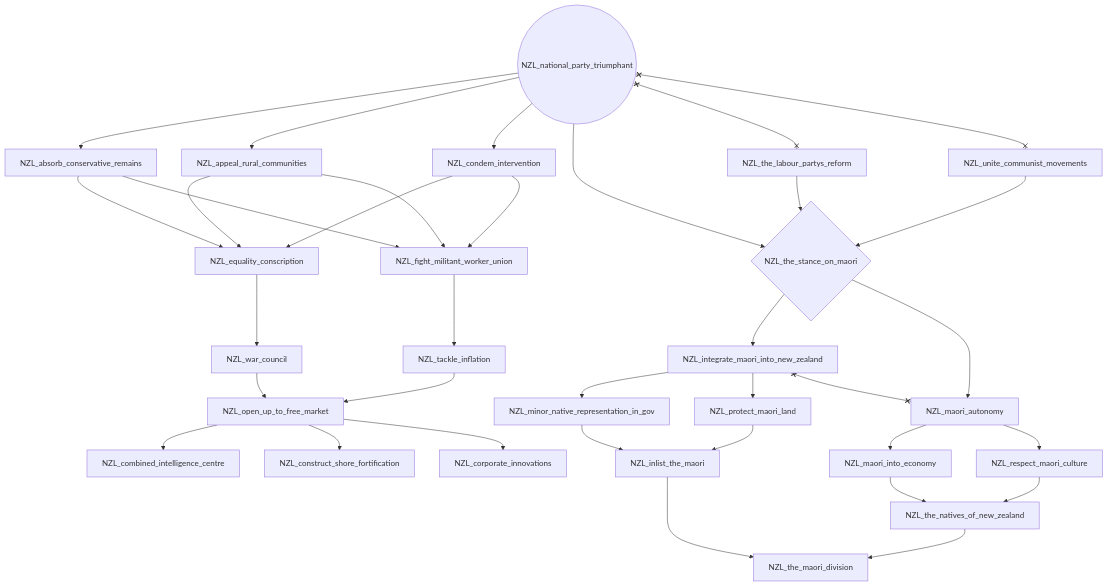
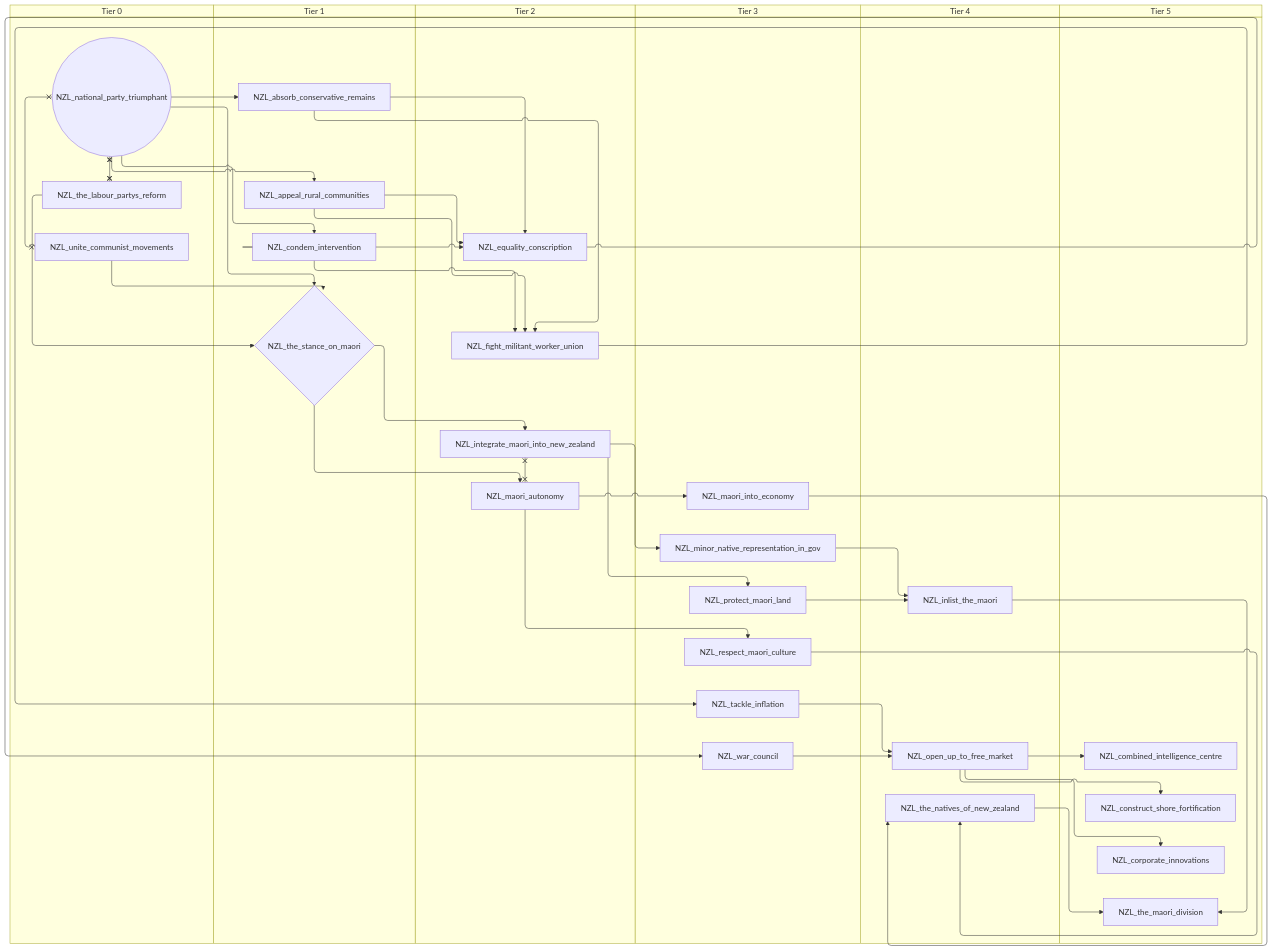
One commit to evgeny-sobol/hoi4-sandbox-mode-r56 changed the fifth of 11 diagrams in docs/gdd/National Focuses/r56/new_zealand.md. Above: the diagram before and after it, drawn with Mermaid. The commit also changed other lines of this file and 423 other files, not shown here.

First line of the commit message:
Re-export Rt56 focus trees as swimlane diagrams

````diff
--- a/docs/gdd/National Focuses/r56/new_zealand.md
+++ b/docs/gdd/National Focuses/r56/new_zealand.md
@@ -206,61 +256,73 @@
 ```mermaid
-flowchart TD
-    n75["NZL_absorb_conservative_remains"]
-    n76["NZL_appeal_rural_communities"]
-    n77["NZL_combined_intelligence_centre"]
-    n78["NZL_condem_intervention"]
-    n79["NZL_construct_shore_fortification"]
-    n80["NZL_corporate_innovations"]
-    n81["NZL_equality_conscription"]
-    n82["NZL_fight_militant_worker_union"]
-    n83["NZL_inlist_the_maori"]
-    n84["NZL_integrate_maori_into_new_zealand"]
-    n85["NZL_maori_autonomy"]
-    n86["NZL_maori_into_economy"]
-    n87["NZL_minor_native_representation_in_gov"]
-    n88(("NZL_national_party_triumphant"))
-    n89["NZL_open_up_to_free_market"]
-    n90["NZL_protect_maori_land"]
-    n91["NZL_respect_maori_culture"]
-    n92["NZL_tackle_inflation"]
-    n93["NZL_the_labour_partys_reform"]
-    n94["NZL_the_maori_division"]
-    n95["NZL_the_natives_of_new_zealand"]
-    n96{"NZL_the_stance_on_maori"}
-    n97["NZL_unite_communist_movements"]
-    n98["NZL_war_council"]
-    n88 --> n75
-    n88 --> n76
-    n89 --> n77
-    n88 --> n78
-    n89 --> n79
-    n89 --> n80
-    n78 --> n81
+swimlane-beta TD
+    subgraph tier_0["Tier 0"]
+        n75(("NZL_national_party_triumphant"))
+        n76["NZL_the_labour_partys_reform"]
+        n77["NZL_unite_communist_movements"]
+    end
+    subgraph tier_1["Tier 1"]
+        n78["NZL_absorb_conservative_remains"]
+        n79["NZL_appeal_rural_communities"]
+        n80["NZL_condem_intervention"]
+        n81{"NZL_the_stance_on_maori"}
+    end
+    subgraph tier_2["Tier 2"]
+        n82["NZL_equality_conscription"]
+        n83["NZL_fight_militant_worker_union"]
+        n84["NZL_integrate_maori_into_new_zealand"]
+        n85["NZL_maori_autonomy"]
+    end
+    subgraph tier_3["Tier 3"]
+        n86["NZL_maori_into_economy"]
+        n87["NZL_minor_native_representation_in_gov"]
+        n88["NZL_protect_maori_land"]
+        n89["NZL_respect_maori_culture"]
+        n90["NZL_tackle_inflation"]
+        n91["NZL_war_council"]
+    end
+    subgraph tier_4["Tier 4"]
+        n92["NZL_inlist_the_maori"]
+        n93["NZL_open_up_to_free_market"]
+        n94["NZL_the_natives_of_new_zealand"]
+    end
+    subgraph tier_5["Tier 5"]
+        n95["NZL_combined_intelligence_centre"]
+        n96["NZL_construct_shore_fortification"]
+        n97["NZL_corporate_innovations"]
+        n98["NZL_the_maori_division"]
+    end
+    n75 --> n78
+    n75 --> n79
+    n93 --> n95
+    n75 --> n80
+    n93 --> n96
+    n93 --> n97
+    n80 --> n82
+    n79 --> n82
+    n78 --> n82
+    n80 --> n83
+    n79 --> n83
+    n78 --> n83
+    n88 --> n92
+    n87 --> n92
+    n81 --> n84
+    n81 --> n85
+    n85 --> n86
+    n84 --> n87
+    n90 --> n93
+    n91 --> n93
+    n84 --> n88
+    n85 --> n89
+    n83 --> n90
+    n92 --> n98
+    n94 --> n98
+    n89 --> n94
+    n86 --> n94
     n76 --> n81
     n75 --> n81
-    n78 --> n82
-    n76 --> n82
-    n75 --> n82
-    n90 --> n83
-    n87 --> n83
-    n96 --> n84
-    n96 --> n85
-    n85 --> n86
-    n84 --> n87
-    n92 --> n89
-    n98 --> n89
-    n84 --> n90
-    n85 --> n91
-    n82 --> n92
-    n83 --> n94
-    n95 --> n94
-    n91 --> n95
-    n86 --> n95
-    n93 --> n96
-    n88 --> n96
-    n97 --> n96
-    n81 --> n98
+    n77 --> n81
+    n82 --> n91
     n84 x--x n85
-    n88 x--x n93
-    n88 x--x n97
+    n75 x--x n76
+    n75 x--x n77
 ```
````
